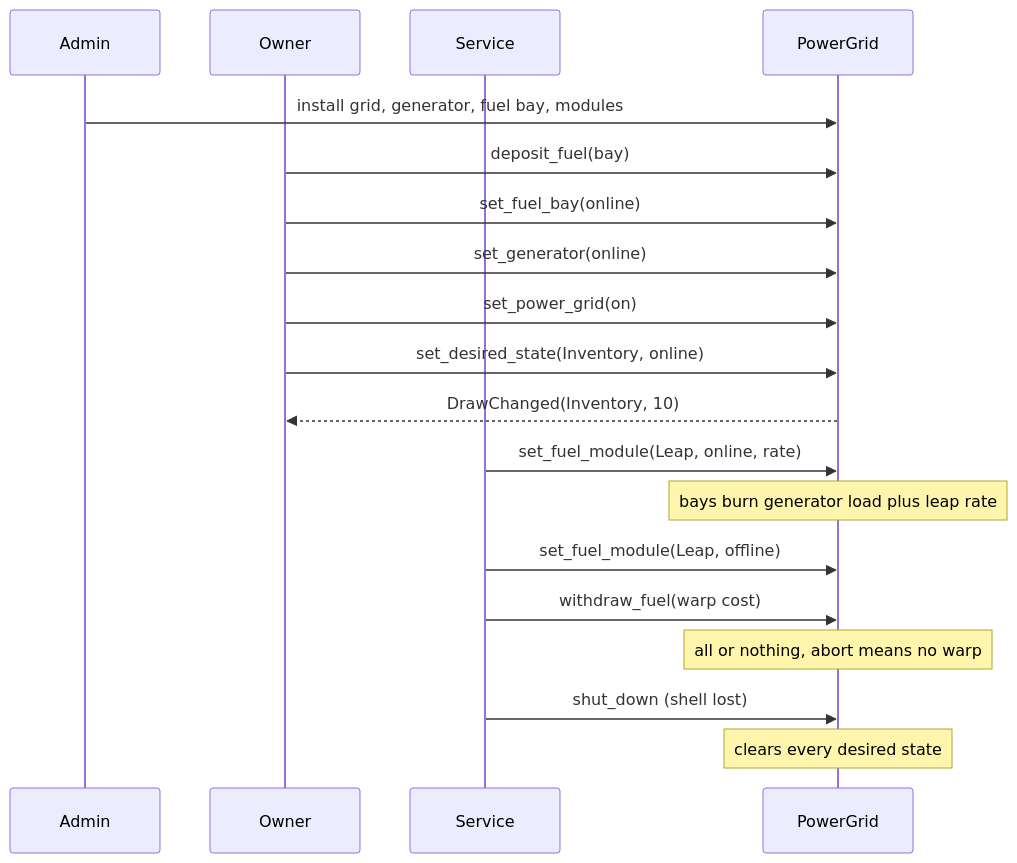
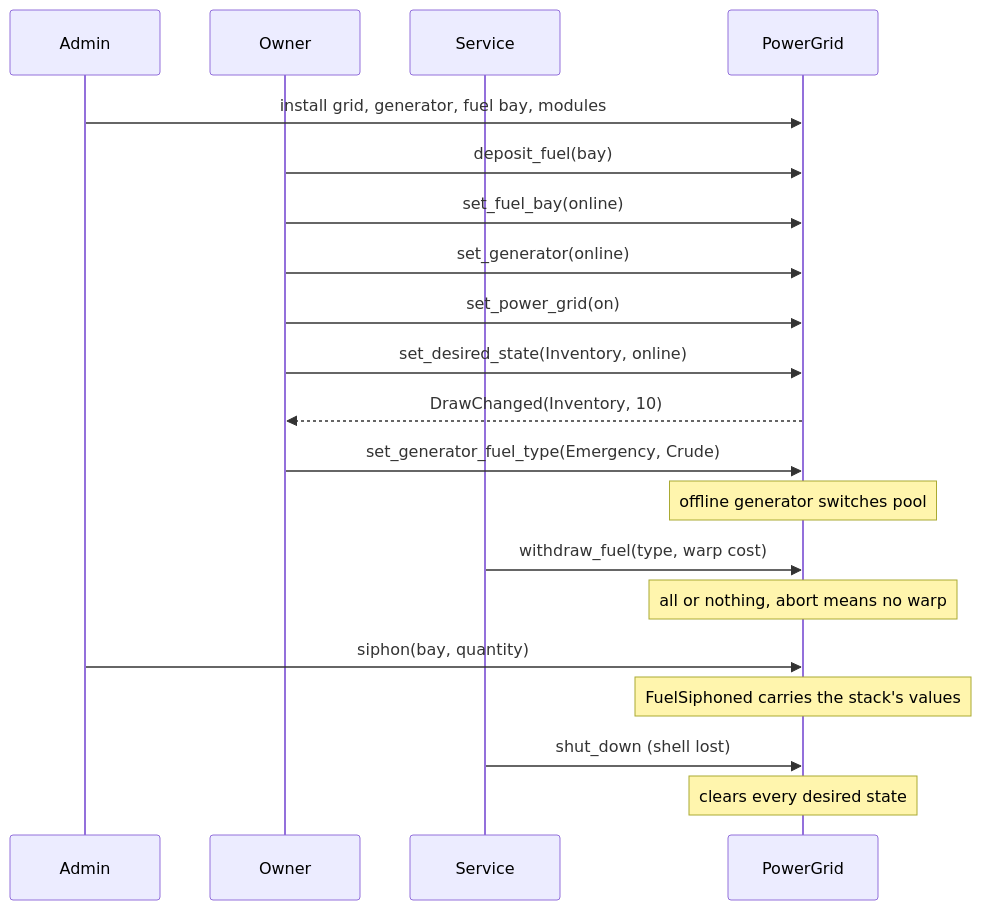
The second of 2 diagrams in docs/adr/0005-onchain-power-network.md (evefrontier/world-contracts), drawn with Mermaid before and after one commit. The commit also changed other lines of this file and 5 other files, not shown here.

Commit message:
docs(power): fuel pools in ADR 0005; SDK setGeneratorFuelType and pool integration test

````diff
--- a/docs/adr/0005-onchain-power-network.md
+++ b/docs/adr/0005-onchain-power-network.md
@@ -74,25 +76,27 @@
 ```mermaid
 sequenceDiagram
     participant Admin
     participant Owner
     participant Service
     participant Grid as PowerGrid
 
     Admin->>Grid: install grid, generator, fuel bay, modules
     Owner->>Grid: deposit_fuel(bay)
     Owner->>Grid: set_fuel_bay(online)
     Owner->>Grid: set_generator(online)
     Owner->>Grid: set_power_grid(on)
     Owner->>Grid: set_desired_state(Inventory, online)
     Grid-->>Owner: DrawChanged(Inventory, 10)
 
-    Service->>Grid: set_fuel_module(Leap, online, rate)
-    Note over Grid: bays burn generator load plus leap rate
-    Service->>Grid: set_fuel_module(Leap, offline)
+    Owner->>Grid: set_generator_fuel_type(Emergency, Crude)
+    Note over Grid: offline generator switches pool
 
-    Service->>Grid: withdraw_fuel(warp cost)
+    Service->>Grid: withdraw_fuel(type, warp cost)
     Note over Grid: all or nothing, abort means no warp
+
+    Admin->>Grid: siphon(bay, quantity)
+    Note over Grid: FuelSiphoned carries the stack's values
 
     Service->>Grid: shut_down (shell lost)
     Note over Grid: clears every desired state
 ```
````
